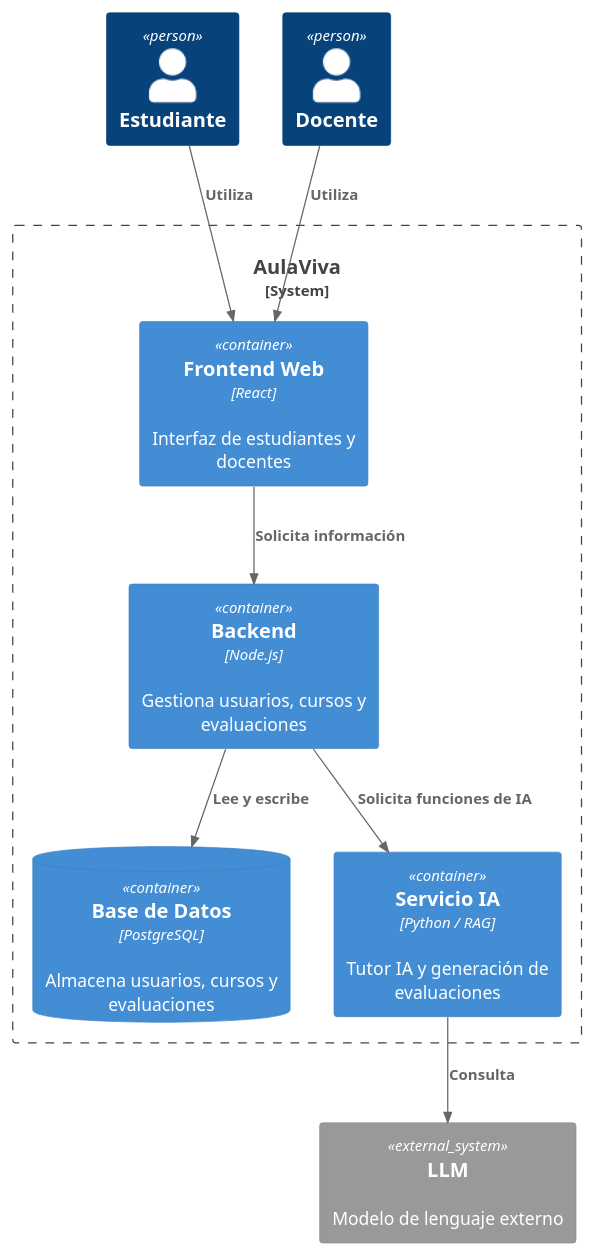
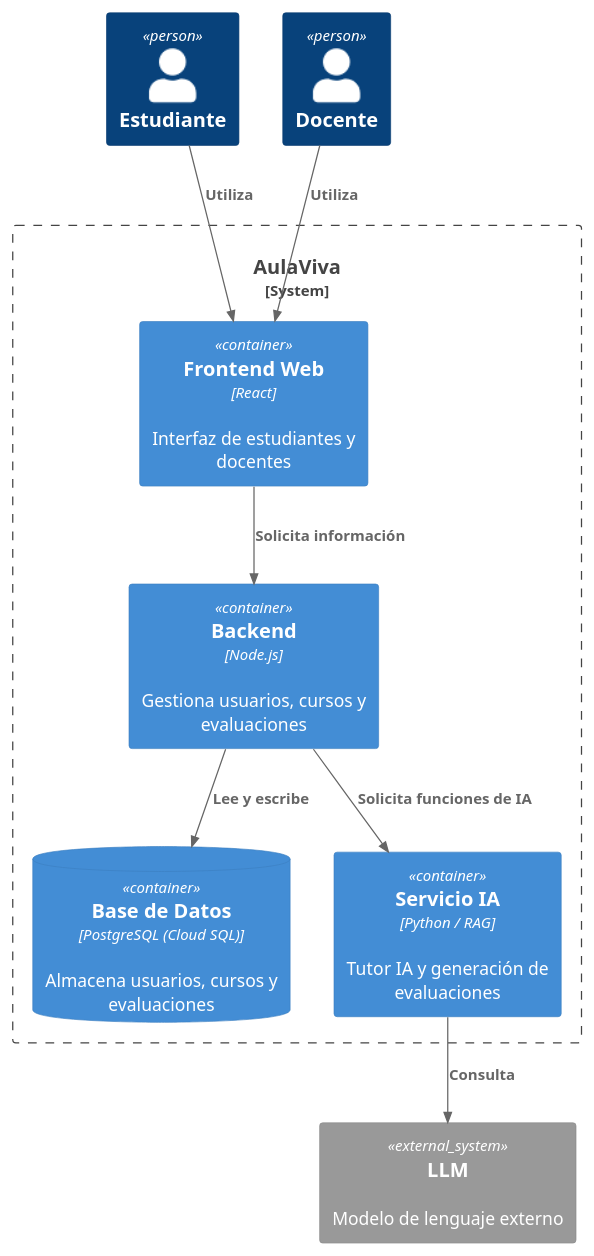
One commit to gerardogonzalez0264gg/Aula_Viva changed the diagram in docs/C4/l2-container.puml. Above: the diagram before and after it, drawn with PlantUML.

```diff
--- a/docs/C4/l2-container.puml
+++ b/docs/C4/l2-container.puml
@@ -1,27 +1,27 @@
 @startuml
 !include <C4/C4_Container>
 
 Person(estudiante, "Estudiante")
 Person(docente, "Docente")
 
 System_Boundary(aulaviva, "AulaViva") {
 
     Container(frontend, "Frontend Web", "React", "Interfaz de estudiantes y docentes")
 
     Container(backend, "Backend", "Node.js", "Gestiona usuarios, cursos y evaluaciones")
 
-    ContainerDb(db, "Base de Datos", "PostgreSQL", "Almacena usuarios, cursos y evaluaciones")
+    ContainerDb(db, "Base de Datos", "PostgreSQL (Cloud SQL)", "Almacena usuarios, cursos y evaluaciones")
 
     Container(ai, "Servicio IA", "Python / RAG", "Tutor IA y generación de evaluaciones")
 }
 
 System_Ext(llm, "LLM", "Modelo de lenguaje externo")
 
 Rel(estudiante, frontend, "Utiliza")
 Rel(docente, frontend, "Utiliza")
 
 Rel(frontend, backend, "Solicita información")
 Rel(backend, db, "Lee y escribe")
 Rel(backend, ai, "Solicita funciones de IA")
 Rel(ai, llm, "Consulta")
 @enduml
```
